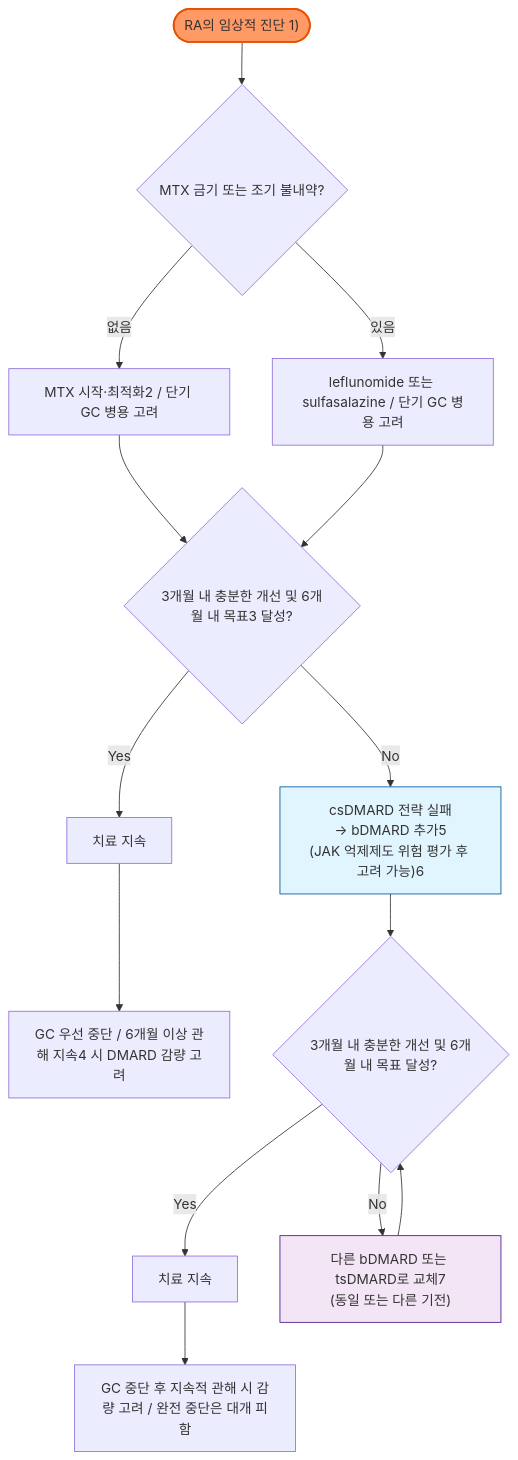
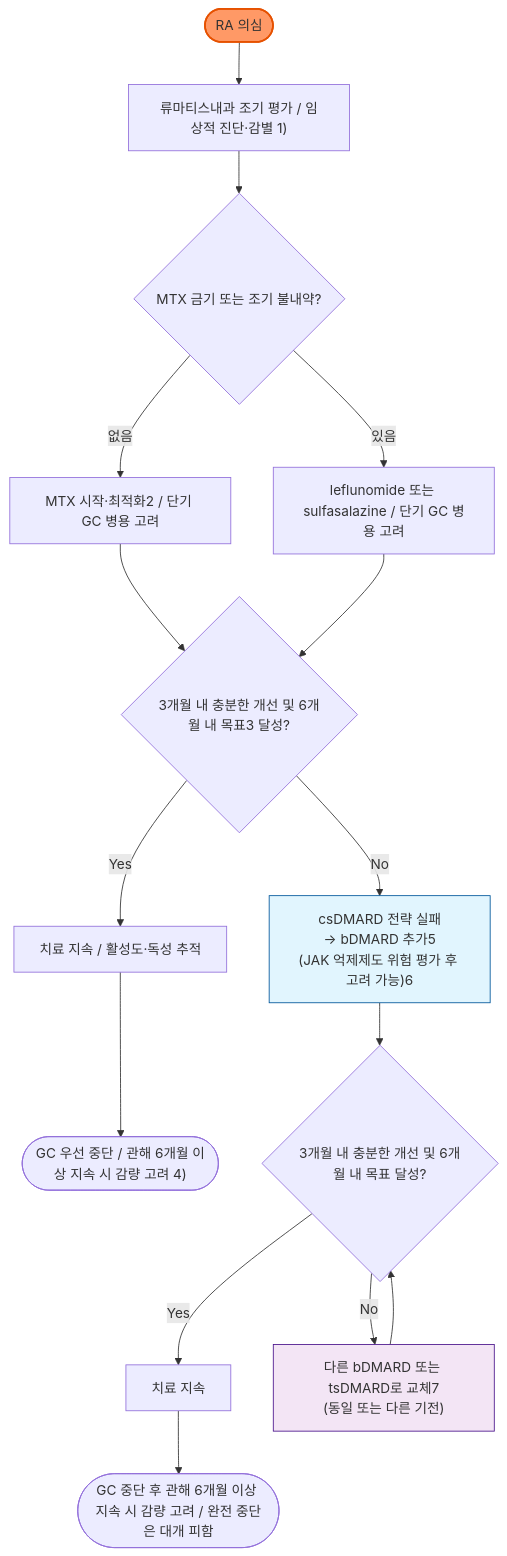
The diagram in 228_/151_-rheumatoid-arthritis.md (familyoh77/familyoh77), drawn with Mermaid before and after one commit. The commit also changed other lines of this file and 7 other files, not shown here.

````diff
--- a/228_/151_-rheumatoid-arthritis.md
+++ b/228_/151_-rheumatoid-arthritis.md
@@ -198,20 +200,21 @@
 ```mermaid
 graph TD
-    A(["RA의 임상적 진단 1)"]) --> B{"MTX 금기 또는 조기 불내약?"}
+    A(["RA 의심"]) --> T["류마티스내과 조기 평가 / 임상적 진단·감별 1)"]
+    T --> B{"MTX 금기 또는 조기 불내약?"}
     B -->|없음| C["MTX 시작·최적화2 / 단기 GC 병용 고려"]
     B -->|있음| D["leflunomide 또는 sulfasalazine / 단기 GC 병용 고려"]
     C --> E{"3개월 내 충분한 개선 및 6개월 내 목표3 달성?"}
     D --> E
-    E -->|Yes| F[치료 지속]
-    F --> G["GC 우선 중단 / 6개월 이상 관해 지속4 시 DMARD 감량 고려"]
+    E -->|Yes| F["치료 지속 / 활성도·독성 추적"]
+    F --> G(["GC 우선 중단 / 관해 6개월 이상 지속 시 감량 고려 4)"])
     E -->|No| H["csDMARD 전략 실패\n→ bDMARD 추가5\n(JAK 억제제도 위험 평가 후 고려 가능)6"]
     H --> I{"3개월 내 충분한 개선 및 6개월 내 목표 달성?"}
     I -->|Yes| J[치료 지속]
-    J --> K["GC 중단 후 지속적 관해 시 감량 고려 / 완전 중단은 대개 피함"]
+    J --> K(["GC 중단 후 관해 6개월 이상 지속 시 감량 고려 / 완전 중단은 대개 피함"])
     I -->|No| L["다른 bDMARD 또는 tsDMARD로 교체7\n(동일 또는 다른 기전)"]
     L --> I
 
     style A fill:#f96,stroke:#e65100,stroke-width:2px
     style H fill:#e1f5fe,stroke:#01579b
     style L fill:#f3e5f5,stroke:#4a148c
 ```
````
